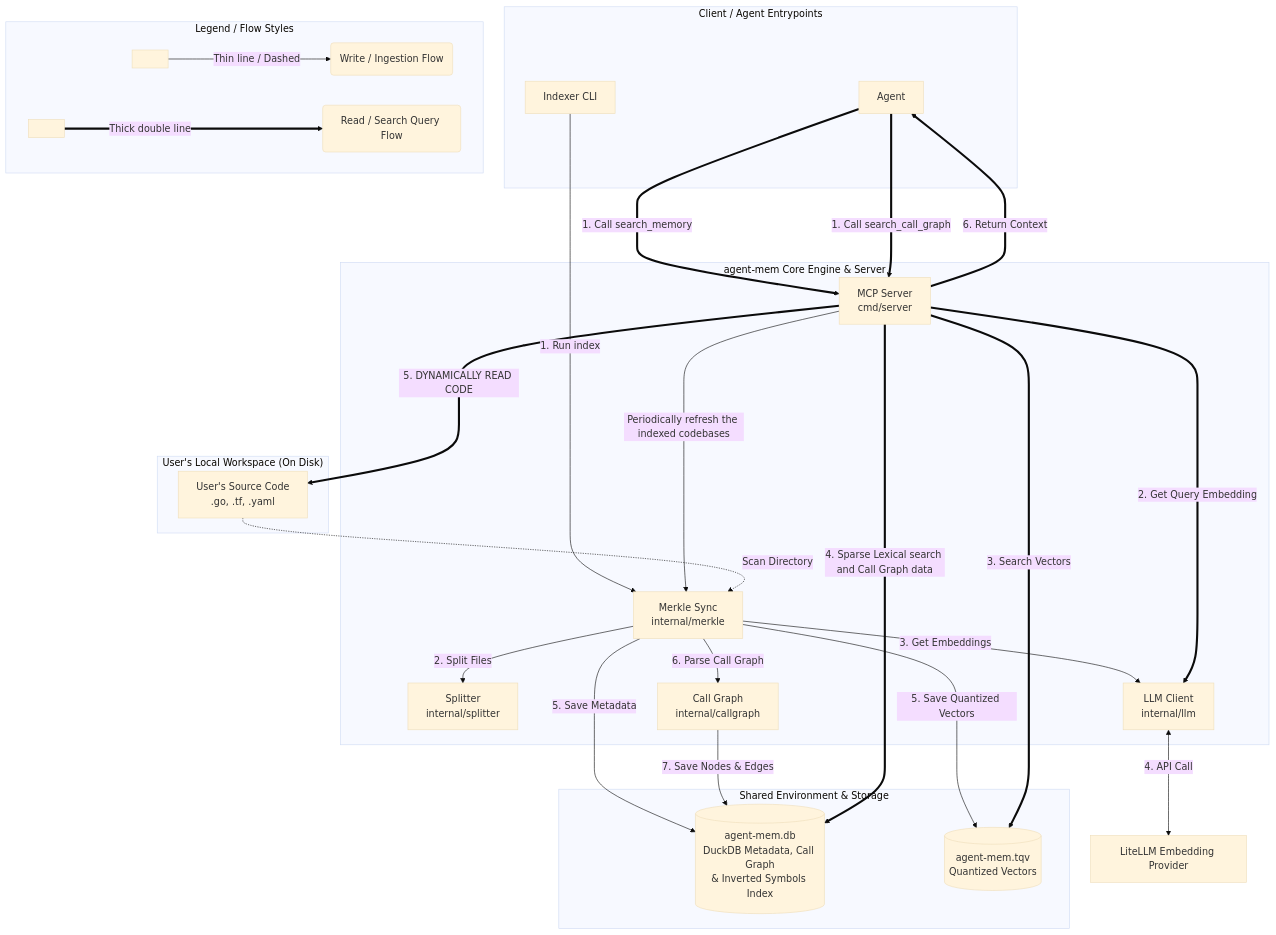
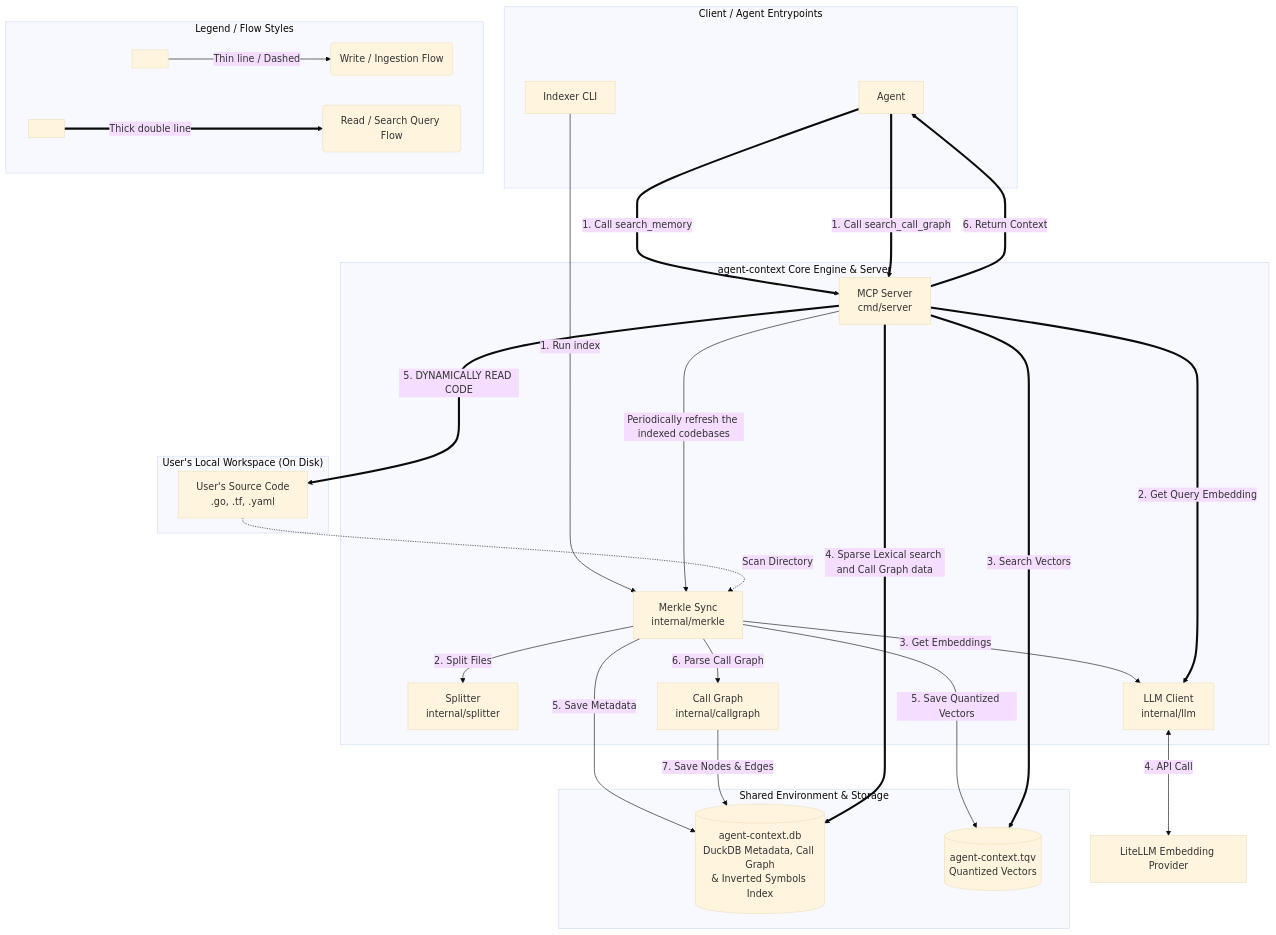
The diagram in README.md (datnguyenzzz/semantic-grep), drawn with Mermaid (base theme) before and after one commit. The commit also changed other lines of this file and 14 other files, not shown here.

````diff
--- a/README.md
+++ b/README.md
@@ -82,65 +82,65 @@
 ```mermaid
 flowchart TD
     %% Entrypoints & Client
     subgraph Client ["Client / Agent Entrypoints"]
         cli[Agent]
         idx_cli[Indexer CLI]
     end
 
     %% Core Components
-    subgraph Core ["agent-mem Core Engine & Server"]
+    subgraph Core ["agent-context Core Engine & Server"]
         merkle[Merkle Sync<br/>internal/merkle]
         splitter[Splitter<br/>internal/splitter]
         llm[LLM Client<br/>internal/llm]
         callgraph[Call Graph<br/>internal/callgraph]
         mcp_srv[MCP Server<br/>cmd/server]
     end
 
     %% Shared Environment & Databases
     subgraph Storage ["Shared Environment & Storage"]
-        duckdb_file[(agent-mem.db<br/>DuckDB Metadata, Call Graph<br/>& Inverted Symbols Index)]
-        tqv_file[(agent-mem.tqv<br/>Quantized Vectors)]
+        duckdb_file[(agent-context.db<br/>DuckDB Metadata, Call Graph<br/>& Inverted Symbols Index)]
+        tqv_file[(agent-context.tqv<br/>Quantized Vectors)]
     end
 
     %% User's Environment
     subgraph Workspace ["User's Local Workspace (On Disk)"]
         code_files[User's Source Code<br/>.go, .tf, .yaml]
     end
 
     %% External Provider
     litellm[LiteLLM Embedding Provider]
 
     %% ──────────────────────────────────────────────────────────
     %% WRITE PATH: Indexing & Ingestion (Thin lines / Dashes)
     %% ──────────────────────────────────────────────────────────
     idx_cli -->|1. Run index| merkle
     mcp_srv -->|Periodically refresh the indexed codebases| merkle
     code_files -.->|Scan Directory| merkle
     merkle -->|2. Split Files| splitter
     merkle -->|3. Get Embeddings| llm
     llm <-->|4. API Call| litellm
     merkle -->|5. Save Metadata| duckdb_file
     merkle -->|5. Save Quantized Vectors| tqv_file
     merkle -->|6. Parse Call Graph| callgraph
     callgraph -->|7. Save Nodes & Edges| duckdb_file
 
     %% ──────────────────────────────────────────────────────────
     %% READ PATH: MCP Search & Retrieval (Thick Double Lines)
     %% ──────────────────────────────────────────────────────────
     cli ===>|1. Call search_memory| mcp_srv
     cli ===>|1. Call search_call_graph| mcp_srv
     mcp_srv ===>|2. Get Query Embedding| llm
     mcp_srv ===>|3. Search Vectors| tqv_file
     mcp_srv ===>|4. Sparse Lexical search and Call Graph data| duckdb_file
     mcp_srv ===>|5. DYNAMICALLY READ CODE| code_files
     mcp_srv ===>|6. Return Context| cli
 
     %% ──────────────────────────────────────────────────────────
     %% FLOW LEGEND (Self-Explanatory Arrow Styles)
     %% ──────────────────────────────────────────────────────────
     subgraph Legend ["Legend / Flow Styles"]
         direction LR
         style_w[ ] -->|Thin line / Dashed| desc_w(Write / Ingestion Flow)
         style_r[ ] ===>|Thick double line| desc_r(Read / Search Query Flow)
     end
 ```
````
